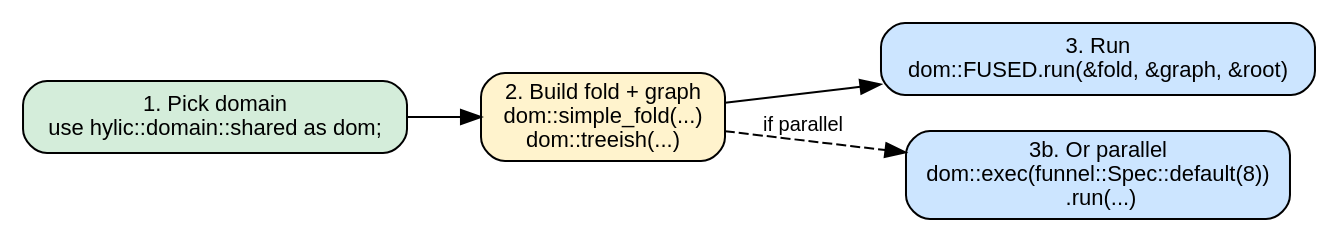
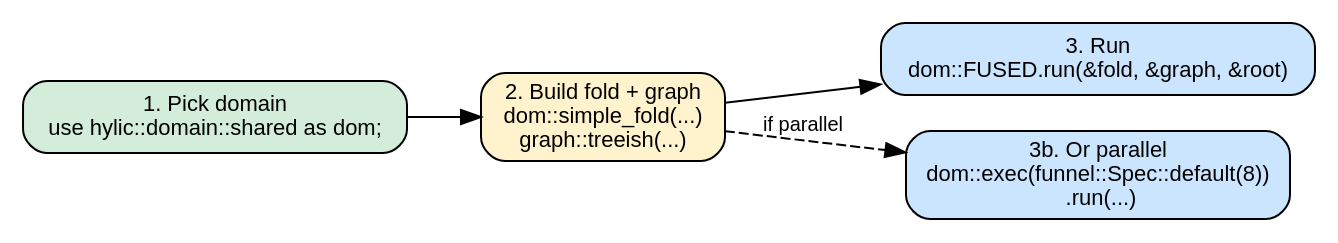
One commit to hylic-recursion/hylic-docs changed the third of 3 diagrams in book/src/guides/concept_map.md. Above: the diagram before and after it, drawn with Graphviz. The commit also changed 16 other files, not shown here.

````diff
--- a/book/src/guides/concept_map.md
+++ b/book/src/guides/concept_map.md
@@ -123,15 +123,15 @@
 ```dot process
 digraph {
     rankdir=LR;
     node [shape=box, style="rounded,filled", fillcolor="#f5f5f5", fontname="sans-serif", fontsize=11];
     edge [fontname="sans-serif", fontsize=10];
 
     pick [label="1. Pick domain\nuse hylic::domain::shared as dom;", fillcolor="#d4edda"];
-    build [label="2. Build fold + graph\ndom::simple_fold(...)\ndom::treeish(...)", fillcolor="#fff3cd"];
+    build [label="2. Build fold + graph\ndom::simple_fold(...)\ngraph::treeish(...)", fillcolor="#fff3cd"];
     run [label="3. Run\ndom::FUSED.run(&fold, &graph, &root)", fillcolor="#cce5ff"];
     par [label="3b. Or parallel\ndom::exec(funnel::Spec::default(8))\n  .run(...)", fillcolor="#cce5ff"];
 
     pick -> build -> run;
     build -> par [style=dashed, label="if parallel"];
 }
 ```
````
